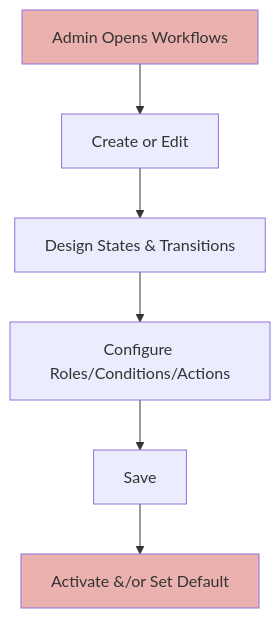
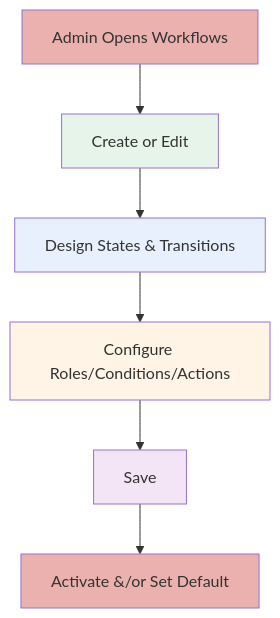
The fifth of 7 diagrams in NTG-Ticket-User Guide.md (salmanb74-dev/ntg-ticket), drawn with Mermaid before and after one commit. The commit also changed other lines of this file, not shown here.

````diff
--- a/NTG-Ticket-User Guide.md
+++ b/NTG-Ticket-User Guide.md
@@ -227,10 +243,14 @@
 ```mermaid
 flowchart TD
     A[Admin Opens Workflows] --> B[Create or Edit]
     B --> C[Design States & Transitions]
     C --> D[Configure Roles/Conditions/Actions]
     D --> E[Save]
     E --> F[Activate &/or Set Default]
     style A fill:#EAB1AE
+    style B fill:#E6F4EA
+    style C fill:#E8F0FE
+    style D fill:#FFF4E5
+    style E fill:#F3E5F5
     style F fill:#EAB1AE
 ```
````
